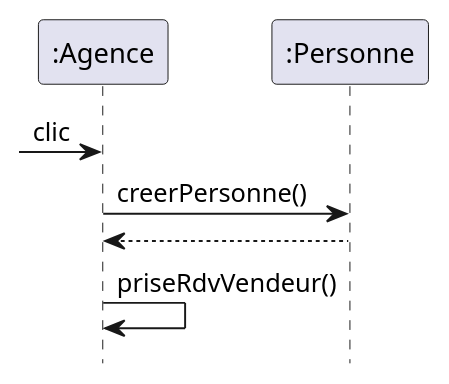
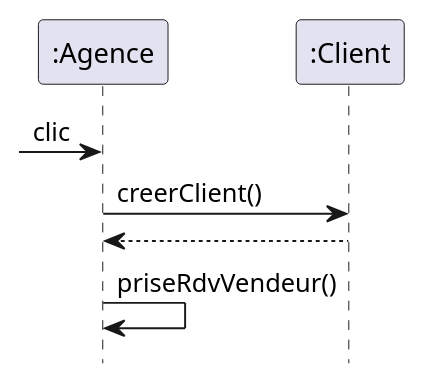
Before and after one commit to DenisGuiraudet/MIASHS_UML_PTUT: the diagram in DOC/UML/Sequence/diagSequencePriseRDV.plantuml, drawn with PlantUML. The commit also changed 13 other files, not shown here.

```diff
--- a/DOC/UML/Sequence/diagSequencePriseRDV.plantuml
+++ b/DOC/UML/Sequence/diagSequencePriseRDV.plantuml
@@ -2,13 +2,13 @@
 @startuml
 
 hide footbox
 
 participant ":Agence" As A
-participant ":Personne" As Per
+participant ":Client" As C
 
 [-> A : clic
-A -> Per : creerPersonne()
-Per --> A :
+A -> C : creerClient()
+C --> A :
 A -> A : priseRdvVendeur()
 
 @enduml
```
